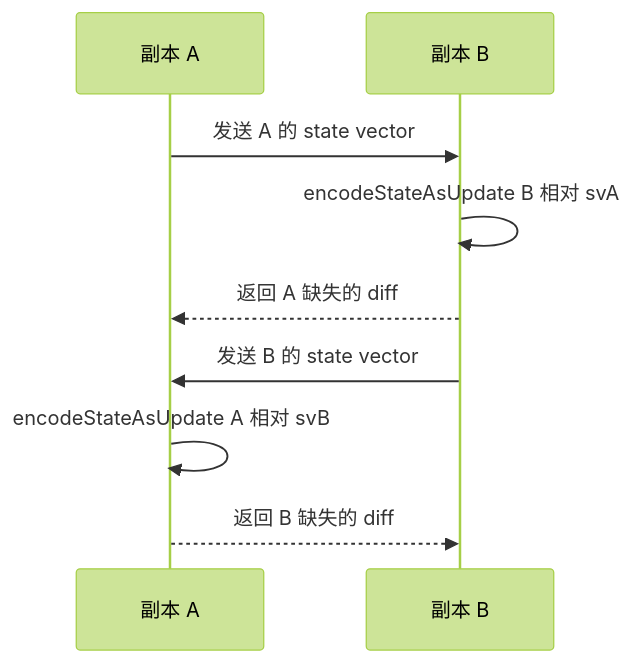
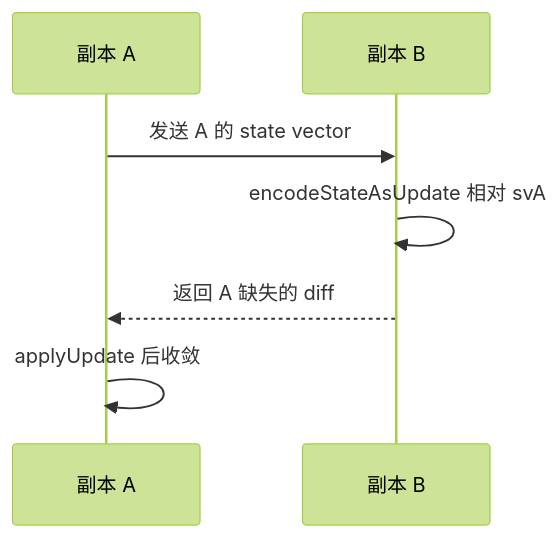
Before and after one commit to lfire/AFFiNE: the third of 6 diagrams in learning-guide/slides/decks/08.md, drawn with Mermaid (forest theme). The commit also changed other lines of this file and 46 other files, not shown here.

````diff
--- a/learning-guide/slides/decks/08.md
+++ b/learning-guide/slides/decks/08.md
@@ -217,11 +211,9 @@
 ```mermaid
 sequenceDiagram
   participant A as 副本 A
   participant B as 副本 B
   A->>B: 发送 A 的 state vector
-  B->>B: encodeStateAsUpdate B 相对 svA
+  B->>B: encodeStateAsUpdate 相对 svA
   B-->>A: 返回 A 缺失的 diff
-  B->>A: 发送 B 的 state vector
-  A->>A: encodeStateAsUpdate A 相对 svB
-  A-->>B: 返回 B 缺失的 diff
+  A->>A: applyUpdate 后收敛
 ```
````
